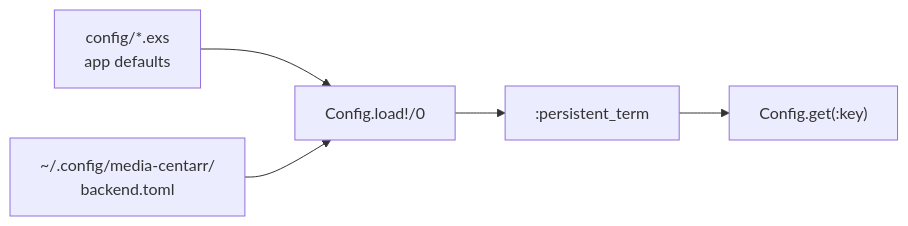
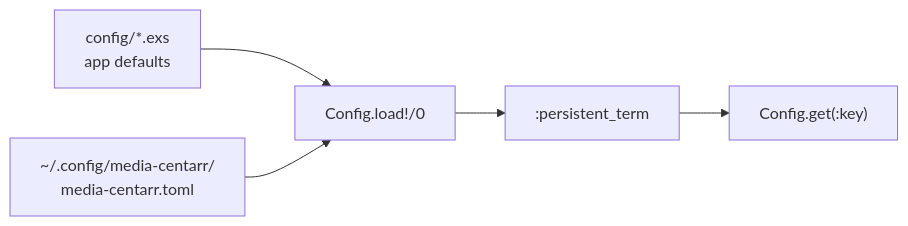
One commit to media-centaur/media-centaur changed the diagram in docs/configuration.md. Above: the diagram before and after it, drawn with Mermaid. The commit also changed other lines of this file and 22 other files, not shown here.

Commit message:
chore: rename config file to media-centarr.toml, rename service units, update XDG paths

````diff
--- a/docs/configuration.md
+++ b/docs/configuration.md
@@ -26,7 +26,7 @@
 ```mermaid
 flowchart LR
     A["config/*.exs<br/>app defaults"] --> C[Config.load!/0]
-    B["~/.config/media-centarr/<br/>backend.toml"] --> C
+    B["~/.config/media-centarr/<br/>media-centarr.toml"] --> C
     C --> D[":persistent_term"]
     D --> E["Config.get(:key)"]
 ```
````
